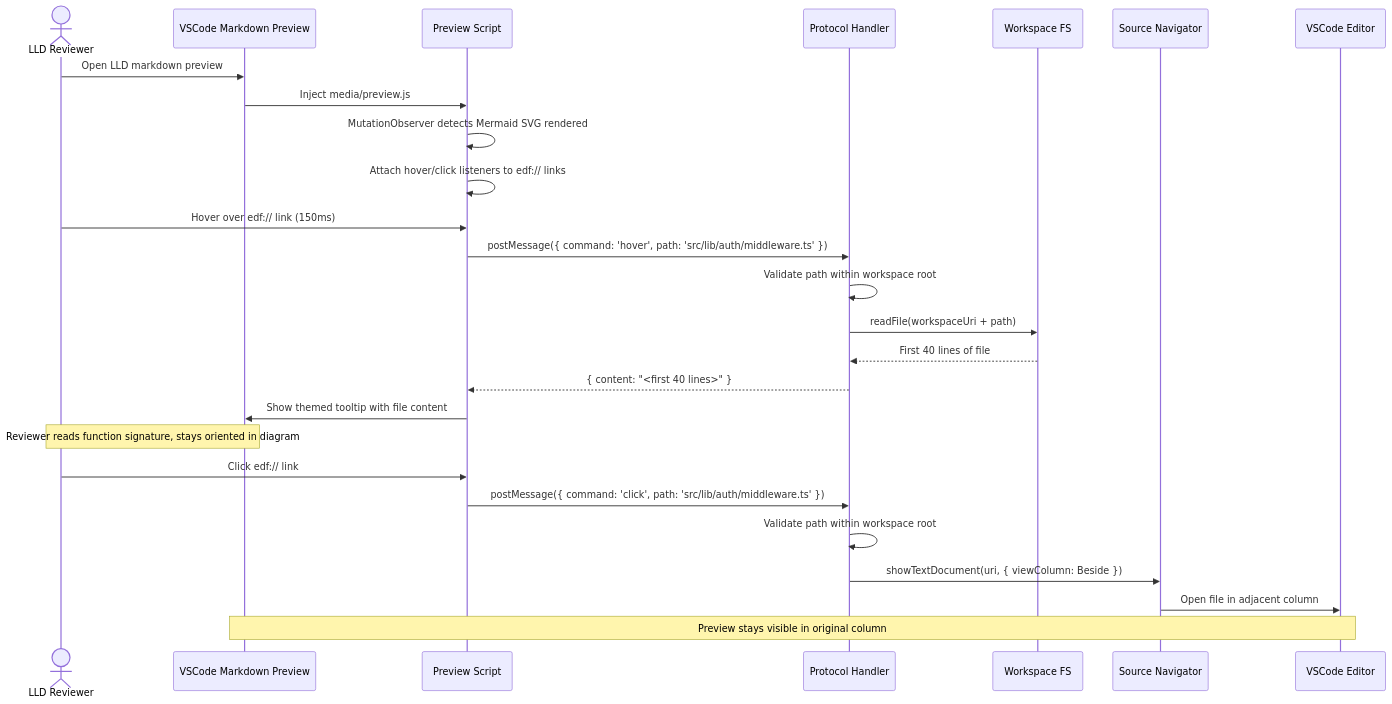
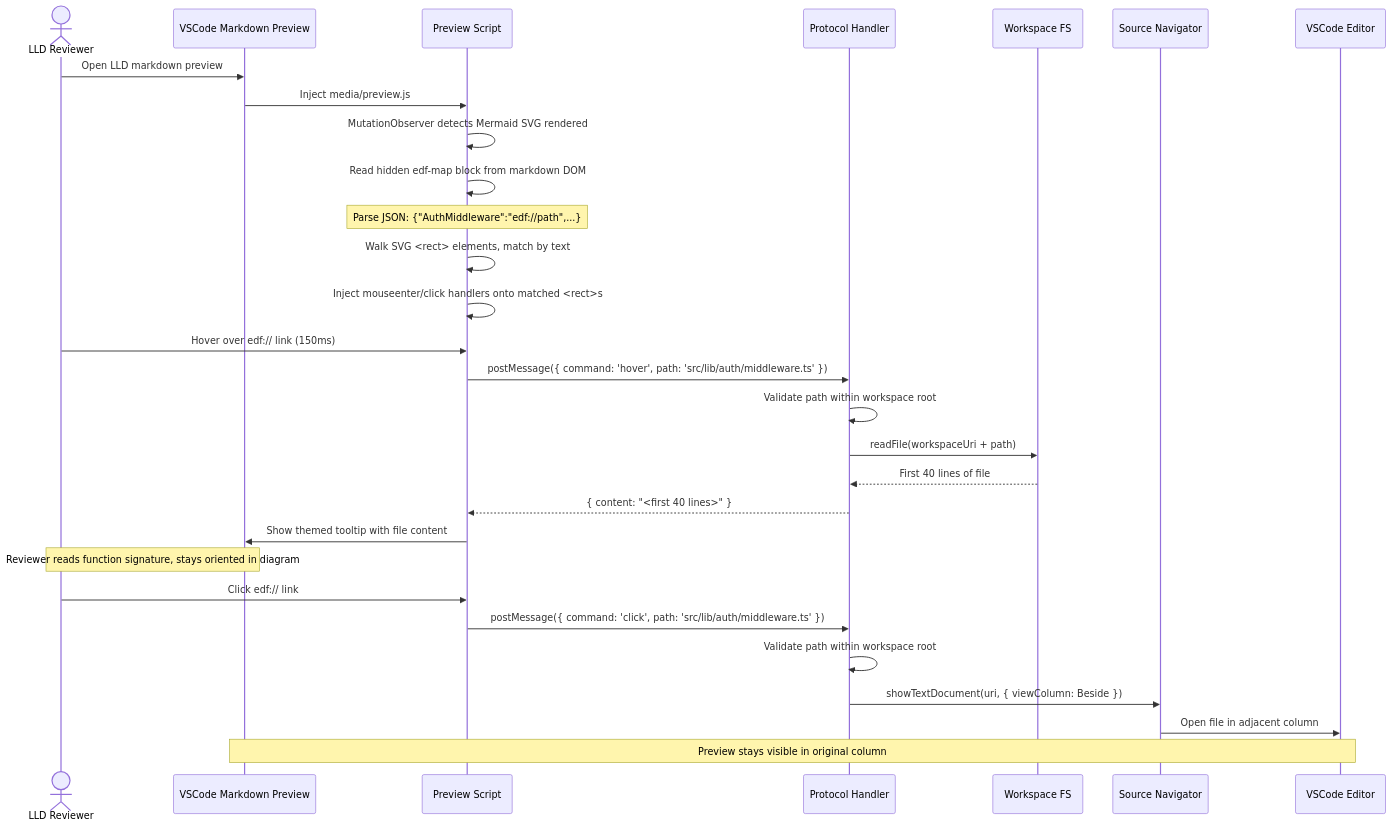
Before and after one commit to mironyx/engineering-delivery-framework: the third of 7 diagrams in plugins/edf/docs/design/v1/v1-design.md, drawn with Mermaid. The commit also changed other lines of this file and 1 other file, not shown here.

Commit message:
docs: ADR-0038 — spike finding: Mermaid click doesn't work on sequenceDiagram; two-path DOM injection approach for preview.js

````diff
--- a/plugins/edf/docs/design/v1/v1-design.md
+++ b/plugins/edf/docs/design/v1/v1-design.md
@@ -350,31 +372,34 @@
 ```mermaid
 sequenceDiagram
     actor Reviewer as LLD Reviewer
     participant Preview as VSCode Markdown Preview
     participant Script as Preview Script
     participant Handler as Protocol Handler
     participant FS as Workspace FS
     participant Nav as Source Navigator
     participant Editor as VSCode Editor
 
     Reviewer->>Preview: Open LLD markdown preview
     Preview->>Script: Inject media/preview.js
     Script->>Script: MutationObserver detects Mermaid SVG rendered
-    Script->>Script: Attach hover/click listeners to edf:// links
+    Script->>Script: Read hidden edf-map block from markdown DOM
+    Note over Script: Parse JSON: {"AuthMiddleware":"edf://path",...}
+    Script->>Script: Walk SVG <rect> elements, match by text
+    Script->>Script: Inject mouseenter/click handlers onto matched <rect>s
 
     Reviewer->>Script: Hover over edf:// link (150ms)
     Script->>Handler: postMessage({ command: 'hover', path: 'src/lib/auth/middleware.ts' })
     Handler->>Handler: Validate path within workspace root
     Handler->>FS: readFile(workspaceUri + path)
     FS-->>Handler: First 40 lines of file
     Handler-->>Script: { content: "<first 40 lines>" }
     Script->>Preview: Show themed tooltip with file content
     Note over Reviewer,Preview: Reviewer reads function signature, stays oriented in diagram
 
     Reviewer->>Script: Click edf:// link
     Script->>Handler: postMessage({ command: 'click', path: 'src/lib/auth/middleware.ts' })
     Handler->>Handler: Validate path within workspace root
     Handler->>Nav: showTextDocument(uri, { viewColumn: Beside })
     Nav->>Editor: Open file in adjacent column
     Note over Preview,Editor: Preview stays visible in original column
 ```
````
